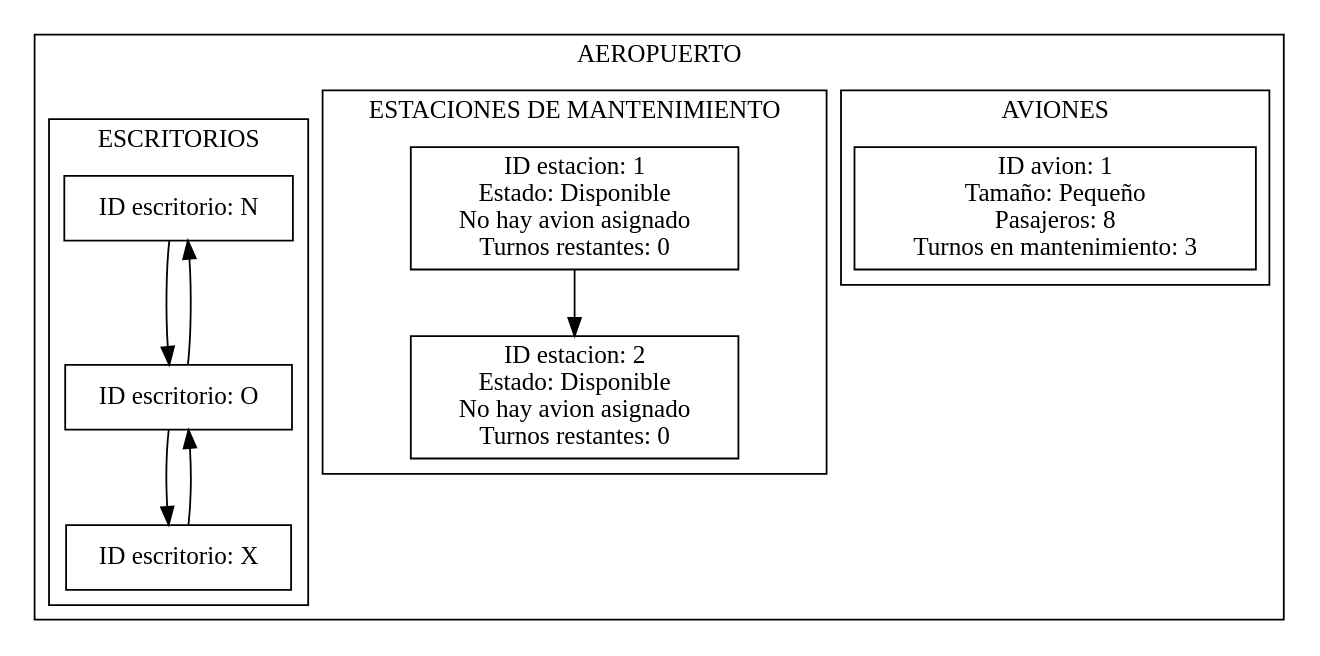
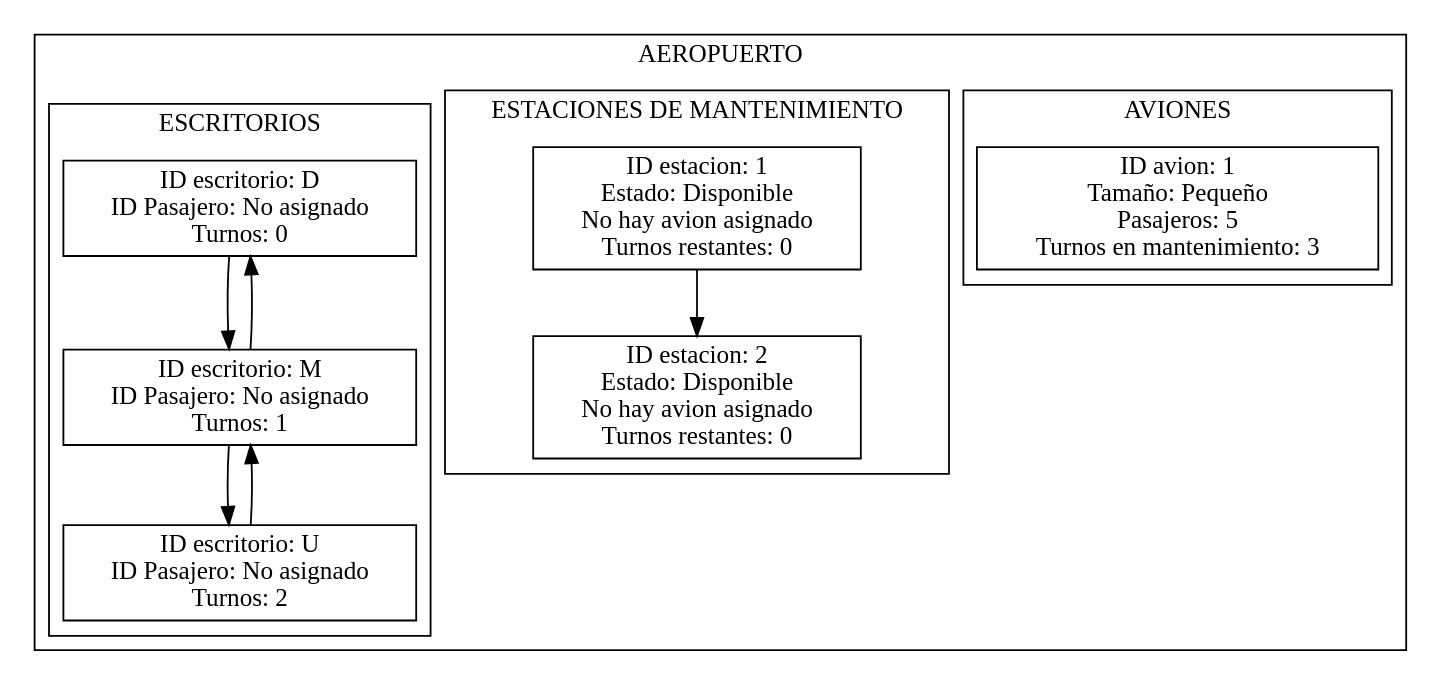
The diagram in practica1201224240/reportes/Grafica.dot (denisse-br/EDD_201224240), drawn with Graphviz before and after one commit. The commit also changed 28 other files, not shown here.

```diff
--- a/practica1201224240/reportes/Grafica.dot
+++ b/practica1201224240/reportes/Grafica.dot
@@ -1,30 +1,33 @@
 digraph{
  node[shape = record, color = black];subgraph clusterAeropuerto{ 
 label = "AEROPUERTO"; 
 	  subgraph clusterAviones{ 
 	  label = "AVIONES"; 
-		 a0[label="ID avion: 1\n Tamaño: Pequeño\n Pasajeros: 8\n Turnos en mantenimiento: 3 "];
+		 a0[label="ID avion: 1\n Tamaño: Pequeño\n Pasajeros: 5\n Turnos en mantenimiento: 3 "];
 }
 	  subgraph clusterlistaSim{ 
 	  label = "ESTACIONES DE MANTENIMIENTO"; 
 		 b0[label="ID estacion: 1\nEstado: Disponible\nNo hay avion asignado \nTurnos restantes: 0"];
 		 b1[label="ID estacion: 2\nEstado: Disponible\nNo hay avion asignado \nTurnos restantes: 0"];
 b0->b1[constraint=true];
 	 }	  subgraph clusterlistaCola{ 
 	  label = "COLA DE ESPERA"; 
 	 }	  subgraph clusterlistaColaPas{ 
 	  label = "COLA DE PASAJEROS "; 
 	 }	  subgraph clusterlistamaleta{ 
 	  label = "MALETAS"; 
 	 }	  subgraph clusterEscritorios{ 
 	  label = "ESCRITORIOS"; 
-		 e0[label="ID escritorio: N\n "];
-		 e1[label="ID escritorio: O\n "];
-		 e2[label="ID escritorio: X\n "];
+		 e0[label="ID escritorio: D\nID Pasajero: No asignado\nTurnos: 0
+ "];
+		 e1[label="ID escritorio: M\nID Pasajero: No asignado\nTurnos: 1
+ "];
+		 e2[label="ID escritorio: U\nID Pasajero: No asignado\nTurnos: 2
+ "];
 }
 e0->e1
 e1->e2
 e1->e0
 e2->e1
 }
 }
```
